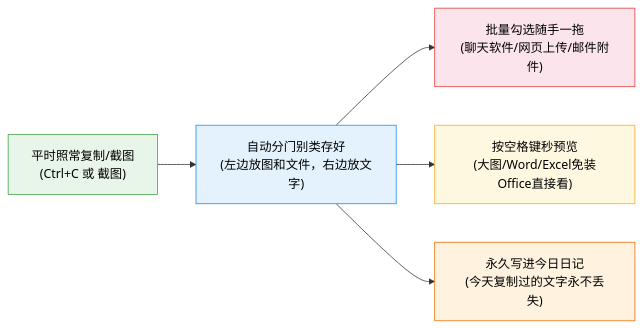
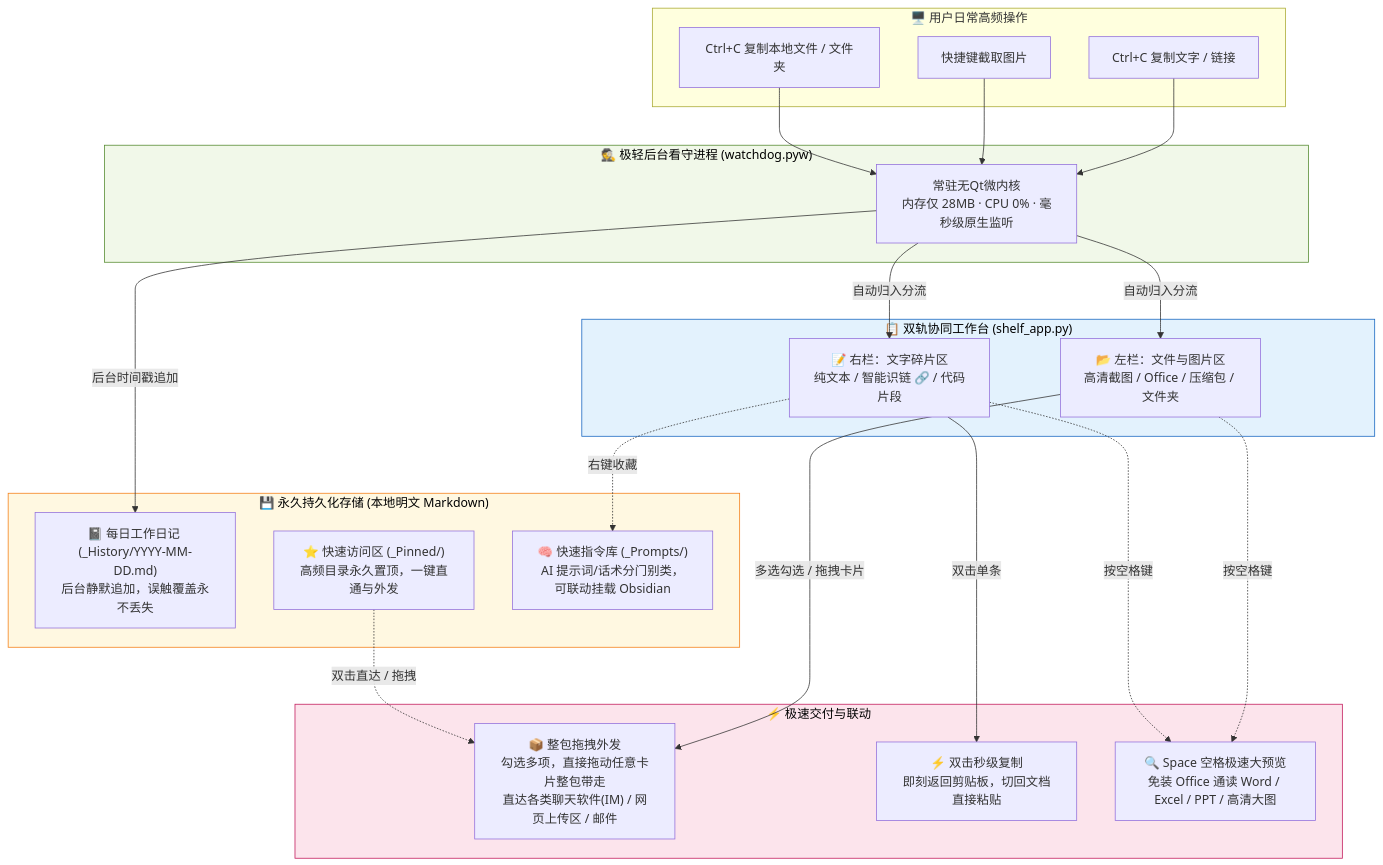
Before and after one commit to CatBoss-Paw/EasyClipboard: the first of 7 diagrams in README.md, drawn with Mermaid. The commit also changed other lines of this file, not shown here.

Commit message:
docs: 完善README全景架构与六大核心特性的详细全链路Mermaid图解与精修话术

````diff
--- a/README.md
+++ b/README.md
@@ -49,13 +49,49 @@
 ```mermaid
-graph LR
-    A["平时照常复制/截图<br/>(Ctrl+C 或 截图)"] --> B["自动分门别类存好<br/>(左边放图和文件，右边放文字)"]
-    B --> C["批量勾选随手一拖<br/>(聊天软件/网页上传/邮件附件)"]
-    B --> D["按空格键秒预览<br/>(大图/Word/Excel免装Office直接看)"]
-    B --> E["永久写进今日日记<br/>(今天复制过的文字永不丢失)"]
+graph TB
+    subgraph S_INPUT ["🖥️ 用户日常高频操作"]
+        A1["Ctrl+C 复制文字 / 链接"]
+        A2["快捷键截取图片"]
+        A3["Ctrl+C 复制本地文件 / 文件夹"]
+    end
 
-    style A fill:#e8f5e9,stroke:#43a047,color:#000
-    style B fill:#e3f2fd,stroke:#1e88e5,color:#000
-    style C fill:#fce4ec,stroke:#e53935,color:#000
-    style D fill:#fff8e1,stroke:#f9a825,color:#000
-    style E fill:#fff3e0,stroke:#ef6c00,color:#000
+    subgraph S_CORE ["🕵️ 极轻后台看守进程 (watchdog.pyw)"]
+        W["常驻无Qt微内核<br/>内存仅 28MB · CPU 0% · 毫秒级原生监听"]
+    end
+
+    subgraph S_SHELF ["📋 双轨协同工作台 (shelf_app.py)"]
+        LEFT["📂 左栏：文件与图片区<br/>高清截图 / Office / 压缩包 / 文件夹"]
+        RIGHT["📝 右栏：文字碎片区<br/>纯文本 / 智能识链 🔗 / 代码片段"]
+    end
+
+    subgraph S_ACTION ["⚡ 极速交付与联动"]
+        ACT_DRAG["📦 整包拖拽外发<br/>勾选多项，直接拖动任意卡片整包带走<br/>直达各类聊天软件(IM) / 网页上传区 / 邮件"]
+        ACT_COPY["⚡ 双击秒级复制<br/>即刻返回剪贴板，切回文档直接粘贴"]
+        ACT_PREV["🔍 Space 空格极速大预览<br/>免装 Office 通读 Word / Excel / PPT / 高清大图"]
+    end
+
+    subgraph S_PERSIST ["💾 永久持久化存储 (本地明文 Markdown)"]
+        J["📓 每日工作日记 (_History/YYYY-MM-DD.md)<br/>后台静默追加，误触覆盖永不丢失"]
+        P["⭐ 快速访问区 (_Pinned/)<br/>高频目录永久置顶，一键直通与外发"]
+        K["🧠 快速指令库 (_Prompts/)<br/>AI 提示词/话术分门别类，可联动挂载 Obsidian"]
+    end
+
+    A1 --> W
+    A2 --> W
+    A3 --> W
+
+    W -->|自动归入分流| LEFT
+    W -->|自动归入分流| RIGHT
+    W -->|后台时间戳追加| J
+
+    LEFT -->|多选勾选 / 拖拽卡片| ACT_DRAG
+    RIGHT -->|双击单条| ACT_COPY
+    LEFT & RIGHT -.->|按空格键| ACT_PREV
+
+    RIGHT -.->|右键收藏| K
+    P -.->|双击直达 / 拖拽| ACT_DRAG
+
+    style S_CORE fill:#f1f8e9,stroke:#558b2f,color:#000
+    style S_SHELF fill:#e3f2fd,stroke:#1565c0,color:#000
+    style S_ACTION fill:#fce4ec,stroke:#c2185b,color:#000
+    style S_PERSIST fill:#fff8e1,stroke:#f57f17,color:#000
 ```
````
